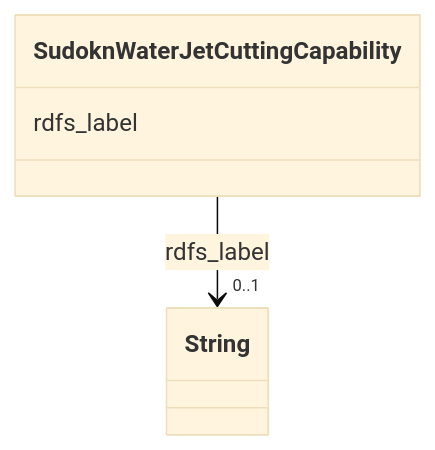
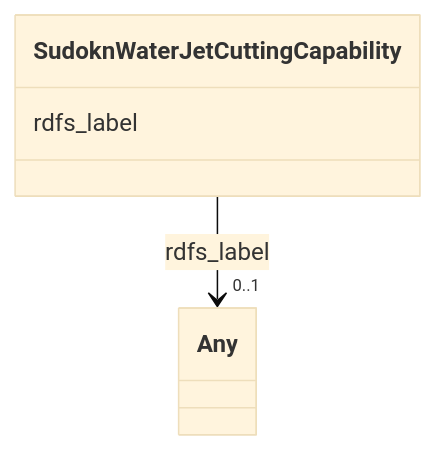
The diagram in sudokn-kg/classes/SudoknWaterJetCuttingCapability.md (frink-okn/graph-descriptions), drawn with Mermaid (base theme) before and after one commit. The commit also changed other lines of this file and 903 other files, not shown here.

````diff
--- a/sudokn-kg/classes/SudoknWaterJetCuttingCapability.md
+++ b/sudokn-kg/classes/SudoknWaterJetCuttingCapability.md
@@ -23,15 +18,15 @@
 ```mermaid
  classDiagram
     class SudoknWaterJetCuttingCapability
     click SudoknWaterJetCuttingCapability href "../SudoknWaterJetCuttingCapability"
       SudoknWaterJetCuttingCapability : rdfs_label
         
           
     
     
-    SudoknWaterJetCuttingCapability --> "0..1" String : rdfs_label
-    click String href "../String"
+    SudoknWaterJetCuttingCapability --> "0..1" Any : rdfs_label
+    click Any href "../Any"
 
         
       
 ```
````
